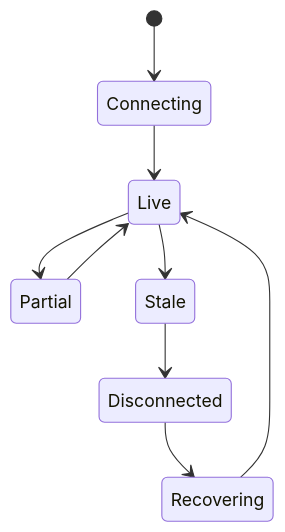
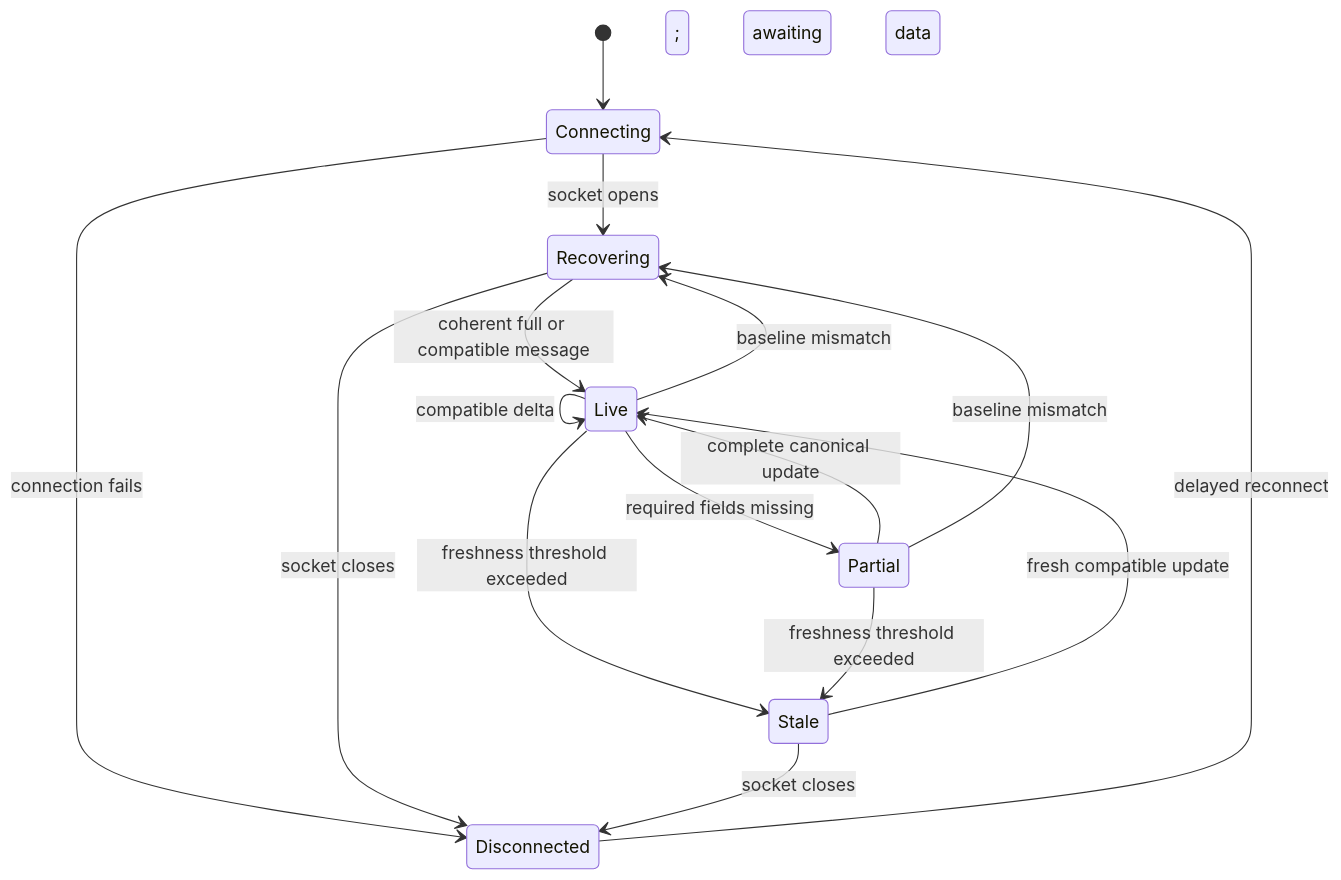
One commit to adarahman/mTerminals changed the diagram in docs/06_Diagrams/State_Diagram.md. Above: the diagram before and after it, drawn with Mermaid. The commit also changed other lines of this file and 12 other files, not shown here.

Commit message:
Complete architecture diagrams

````diff
--- a/docs/06_Diagrams/State_Diagram.md
+++ b/docs/06_Diagrams/State_Diagram.md
@@ -10,11 +6,18 @@
 ```mermaid
 stateDiagram-v2
   [*] --> Connecting
-  Connecting --> Live
-  Live --> Partial
-  Live --> Stale
-  Stale --> Disconnected
-  Disconnected --> Recovering
-  Recovering --> Live
-  Partial --> Live
+  Connecting --> Recovering: socket opens; awaiting data
+  Connecting --> Disconnected: connection fails
+  Recovering --> Live: coherent full or compatible message
+  Recovering --> Disconnected: socket closes
+  Live --> Live: compatible delta
+  Live --> Partial: required fields missing
+  Partial --> Live: complete canonical update
+  Live --> Stale: freshness threshold exceeded
+  Partial --> Stale: freshness threshold exceeded
+  Stale --> Live: fresh compatible update
+  Stale --> Disconnected: socket closes
+  Disconnected --> Connecting: delayed reconnect
+  Live --> Recovering: baseline mismatch
+  Partial --> Recovering: baseline mismatch
 ```
````
